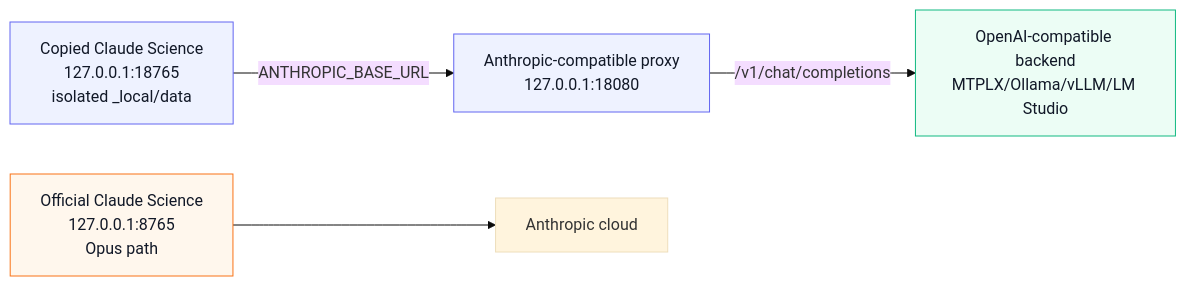
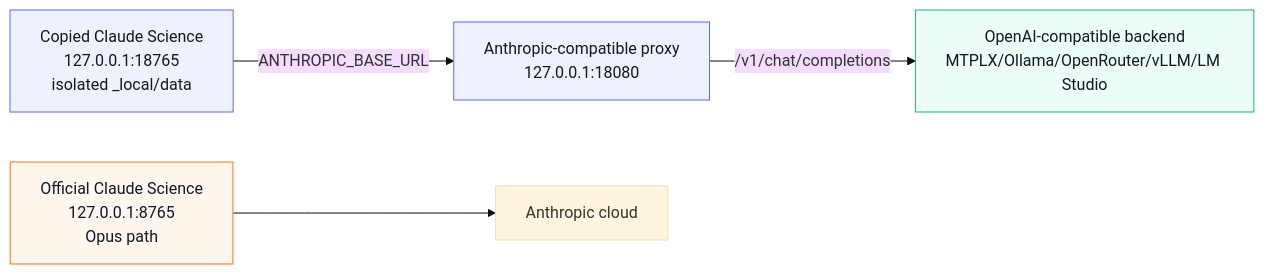
One commit to alexvnesta/claude-science-local-model-lab changed the diagram in docs/architecture.md. Above: the diagram before and after it, drawn with Mermaid (base theme). The commit also changed other lines of this file and 19 other files, not shown here.

````diff
--- a/docs/architecture.md
+++ b/docs/architecture.md
@@ -6,15 +6,15 @@
 ```mermaid
 flowchart LR
   official["Official Claude Science\n127.0.0.1:8765\nOpus path"]:::official
   copy["Copied Claude Science\n127.0.0.1:18765\nisolated _local/data"]:::local
   proxy["Anthropic-compatible proxy\n127.0.0.1:18080"]:::local
-  backend["OpenAI-compatible backend\nMTPLX/Ollama/vLLM/LM Studio"]:::backend
+  backend["OpenAI-compatible backend\nMTPLX/Ollama/OpenRouter/vLLM/LM Studio"]:::backend
 
   official --> cloud["Anthropic cloud"]
   copy -->|ANTHROPIC_BASE_URL| proxy
   proxy -->|/v1/chat/completions| backend
 
   classDef official fill:#fff7ed,stroke:#f97316,color:#111827
   classDef local fill:#eef2ff,stroke:#6366f1,color:#111827
   classDef backend fill:#ecfdf5,stroke:#10b981,color:#111827
 ```
````
